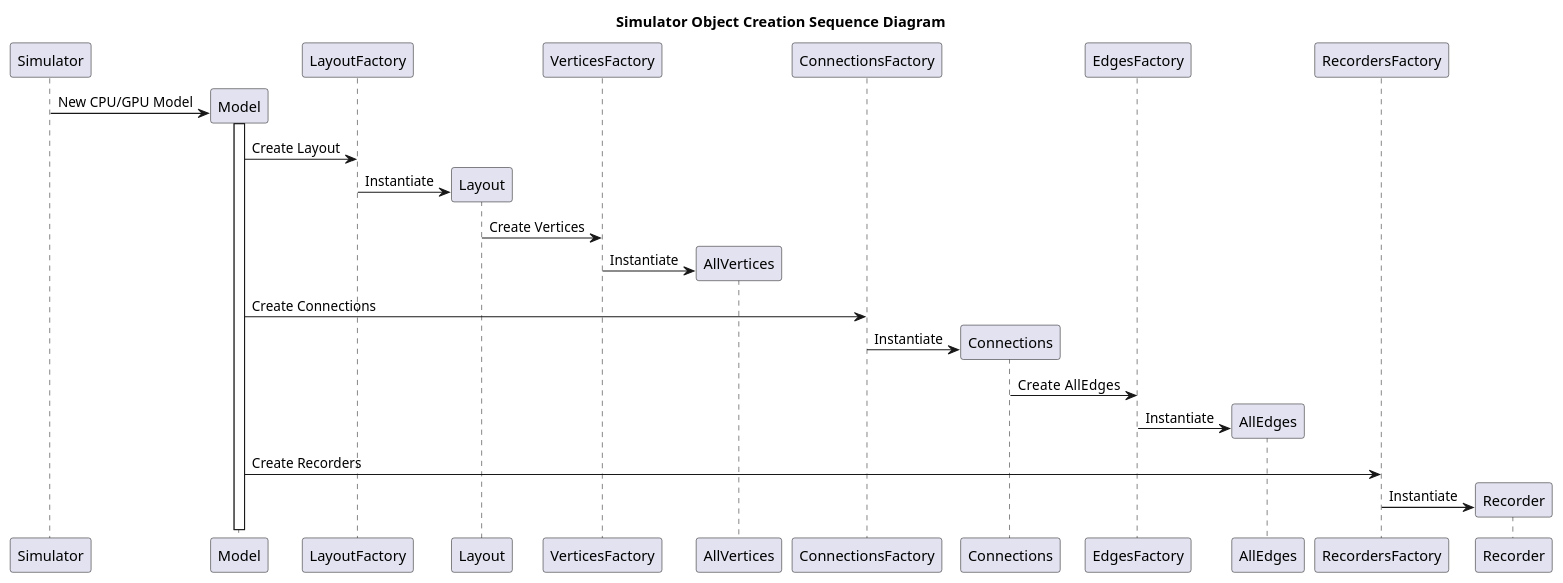
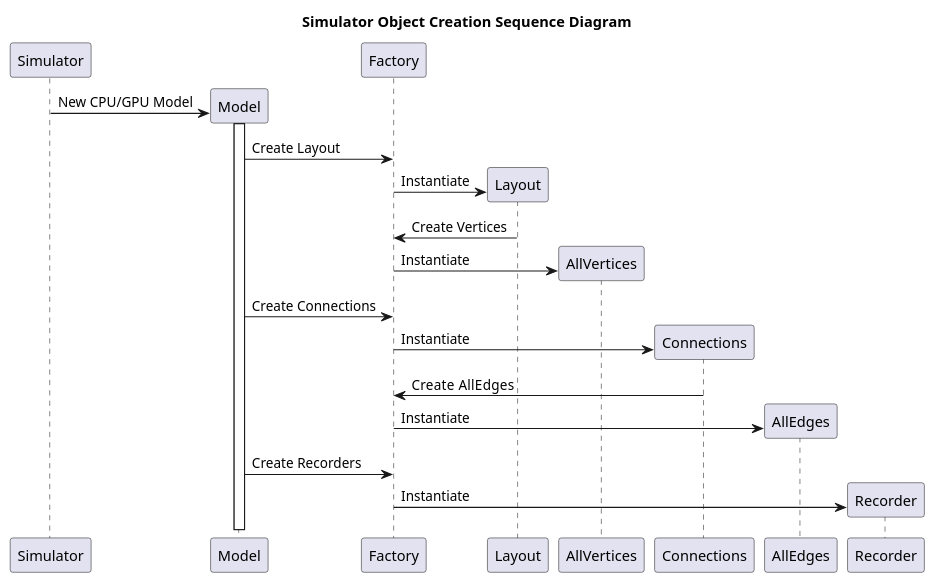
The diagram in docs/Developer/SequenceDiagrams/simObjectsCreation.puml (UWB-Biocomputing/Graphitti), drawn with PlantUML before and after one commit.

Commit message:
Merged Factory object in simObjectsCreation.puml

```diff
--- a/docs/Developer/SequenceDiagrams/simObjectsCreation.puml
+++ b/docs/Developer/SequenceDiagrams/simObjectsCreation.puml
@@ -2,20 +2,20 @@
 @startuml simObjectsCreation
 
 title Simulator Object Creation Sequence Diagram
 
 Simulator -> Model ** : New CPU/GPU Model
 activate Model
-Model -> LayoutFactory: Create Layout
-LayoutFactory -> Layout **: Instantiate
-Layout -> VerticesFactory: Create Vertices
-VerticesFactory -> AllVertices **: Instantiate
+Model -> Factory: Create Layout
+Factory -> Layout **: Instantiate
+Layout -> Factory: Create Vertices
+Factory -> AllVertices **: Instantiate
 
-Model -> ConnectionsFactory: Create Connections
-ConnectionsFactory -> Connections **: Instantiate
-Connections -> EdgesFactory: Create  AllEdges
-EdgesFactory -> AllEdges **: Instantiate
+Model -> Factory: Create Connections
+Factory -> Connections **: Instantiate
+Connections -> Factory: Create  AllEdges
+Factory -> AllEdges **: Instantiate
 
-Model -> RecordersFactory: Create Recorders
-RecordersFactory -> Recorder **: Instantiate
+Model -> Factory: Create Recorders
+Factory -> Recorder **: Instantiate
 
 @enduml
```
